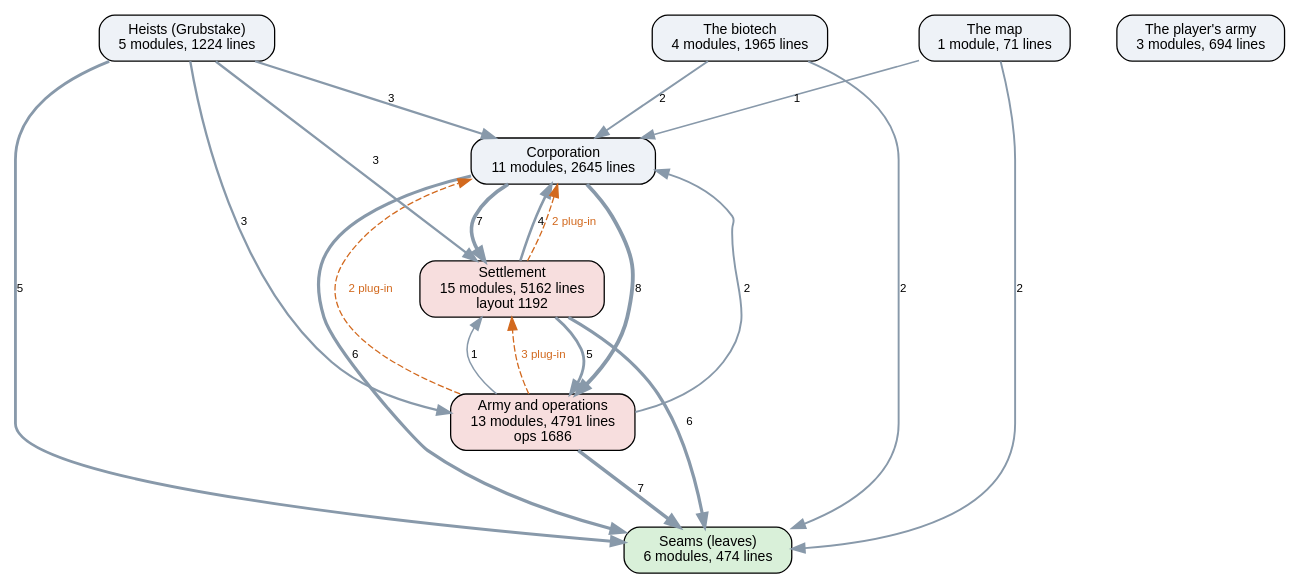
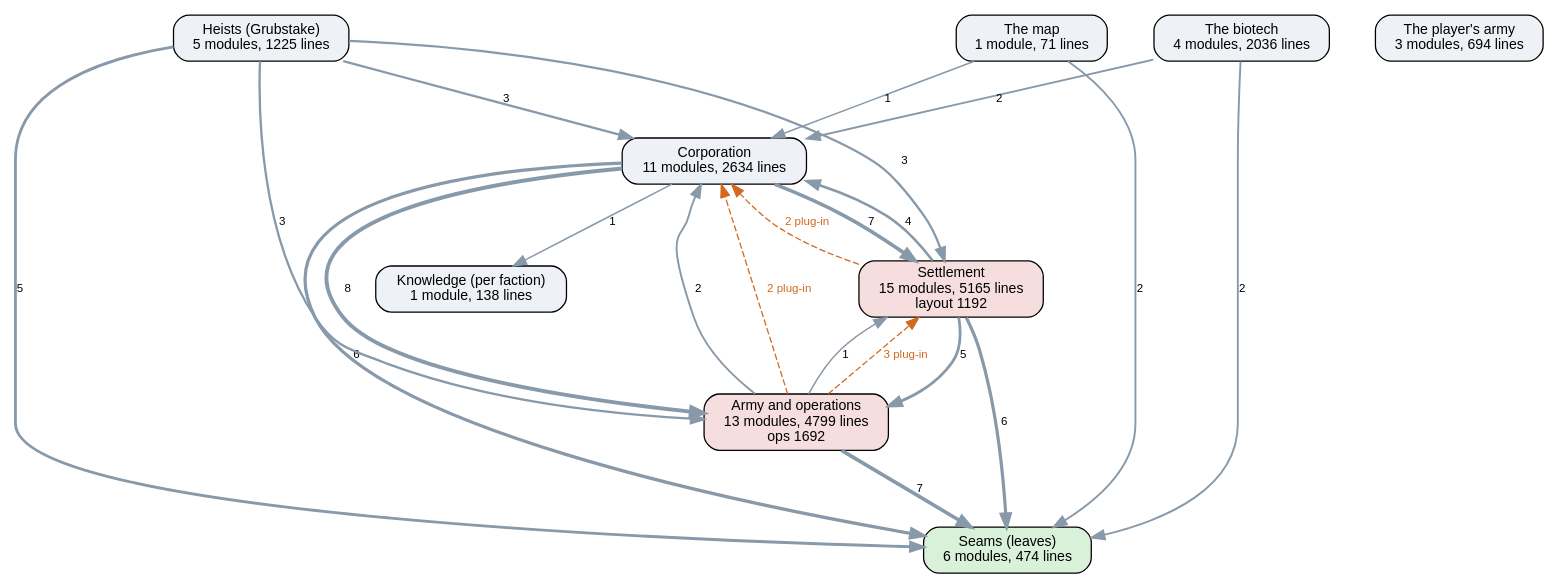
One commit to kinelhu/landing-party changed the diagram in docs/ai-layers.dot. Above: the diagram before and after it, drawn with Graphviz. The commit also changed 29 other files, not shown here.

```diff
--- a/docs/ai-layers.dot
+++ b/docs/ai-layers.dot
@@ -1,33 +1,35 @@
 digraph layers {
   graph [rankdir=TB, fontname="Helvetica", nodesep=0.5, ranksep=0.7];
   node [shape=box, style="rounded,filled", fontname="Helvetica", fontsize=11, fillcolor="#eef2f7"];
   edge [color="#8899aa", fontname="Helvetica", fontsize=9];
   "Seams (leaves)" [label="Seams (leaves)\n6 modules, 474 lines", fillcolor="#d9f0d9"];
-  "Corporation" [label="Corporation\n11 modules, 2645 lines", fillcolor="#eef2f7"];
-  "Settlement" [label="Settlement\n15 modules, 5162 lines\nlayout 1192", fillcolor="#f7dede"];
-  "Army and operations" [label="Army and operations\n13 modules, 4791 lines\nops 1686", fillcolor="#f7dede"];
-  "Heists (Grubstake)" [label="Heists (Grubstake)\n5 modules, 1224 lines", fillcolor="#eef2f7"];
-  "The biotech" [label="The biotech\n4 modules, 1965 lines", fillcolor="#eef2f7"];
+  "Knowledge (per faction)" [label="Knowledge (per faction)\n1 module, 138 lines", fillcolor="#eef2f7"];
+  "Corporation" [label="Corporation\n11 modules, 2634 lines", fillcolor="#eef2f7"];
+  "Settlement" [label="Settlement\n15 modules, 5165 lines\nlayout 1192", fillcolor="#f7dede"];
+  "Army and operations" [label="Army and operations\n13 modules, 4799 lines\nops 1692", fillcolor="#f7dede"];
+  "Heists (Grubstake)" [label="Heists (Grubstake)\n5 modules, 1225 lines", fillcolor="#eef2f7"];
+  "The biotech" [label="The biotech\n4 modules, 2036 lines", fillcolor="#eef2f7"];
   "The map" [label="The map\n1 module, 71 lines", fillcolor="#eef2f7"];
   "The player's army" [label="The player's army\n3 modules, 694 lines", fillcolor="#eef2f7"];
   "Army and operations" -> "Corporation" [label="2", penwidth=1.5];
   "Army and operations" -> "Seams (leaves)" [label="7", penwidth=2.8];
   "Army and operations" -> "Settlement" [label="1", penwidth=1.2];
   "Corporation" -> "Army and operations" [label="8", penwidth=3.0];
+  "Corporation" -> "Knowledge (per faction)" [label="1", penwidth=1.2];
   "Corporation" -> "Seams (leaves)" [label="6", penwidth=2.5];
   "Corporation" -> "Settlement" [label="7", penwidth=2.8];
   "Heists (Grubstake)" -> "Army and operations" [label="3", penwidth=1.8];
   "Heists (Grubstake)" -> "Corporation" [label="3", penwidth=1.8];
   "Heists (Grubstake)" -> "Seams (leaves)" [label="5", penwidth=2.2];
   "Heists (Grubstake)" -> "Settlement" [label="3", penwidth=1.8];
   "Settlement" -> "Army and operations" [label="5", penwidth=2.2];
   "Settlement" -> "Corporation" [label="4", penwidth=2.0];
   "Settlement" -> "Seams (leaves)" [label="6", penwidth=2.5];
   "The biotech" -> "Corporation" [label="2", penwidth=1.5];
   "The biotech" -> "Seams (leaves)" [label="2", penwidth=1.5];
   "The map" -> "Corporation" [label="1", penwidth=1.2];
   "The map" -> "Seams (leaves)" [label="2", penwidth=1.5];
   "Army and operations" -> "Corporation" [style=dashed, color="#d2691e", fontcolor="#d2691e", label="2 plug-in"];
   "Army and operations" -> "Settlement" [style=dashed, color="#d2691e", fontcolor="#d2691e", label="3 plug-in"];
   "Settlement" -> "Corporation" [style=dashed, color="#d2691e", fontcolor="#d2691e", label="2 plug-in"];
 }
```
